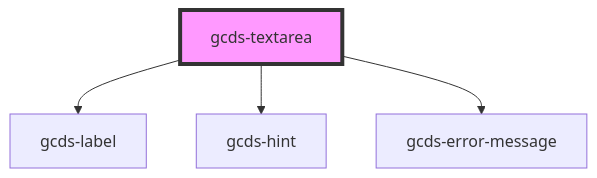
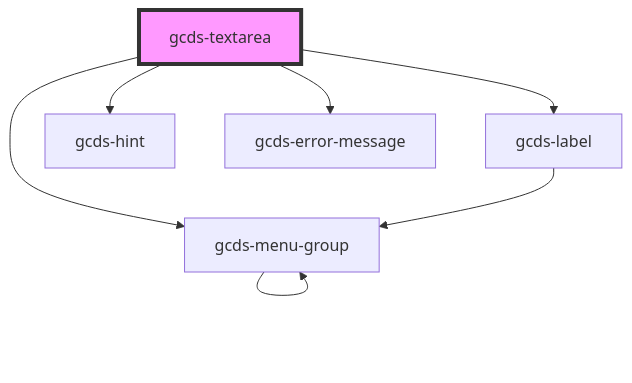
One commit to cds-snc/gcds-components changed the diagram in packages/web/src/components/gcds-textarea/readme.md. Above: the diagram before and after it, drawn with Mermaid. The commit also changed other lines of this file and 37 other files, not shown here.

````diff
--- a/packages/web/src/components/gcds-textarea/readme.md
+++ b/packages/web/src/components/gcds-textarea/readme.md
@@ -63,7 +64,10 @@
 ```mermaid
 graph TD;
   gcds-textarea --> gcds-label
   gcds-textarea --> gcds-hint
   gcds-textarea --> gcds-error-message
+  gcds-textarea --> gcds-menu-group
+  gcds-label --> gcds-menu-group
+  gcds-menu-group --> gcds-menu-group
   style gcds-textarea fill:#f9f,stroke:#333,stroke-width:4px
 ```
````
